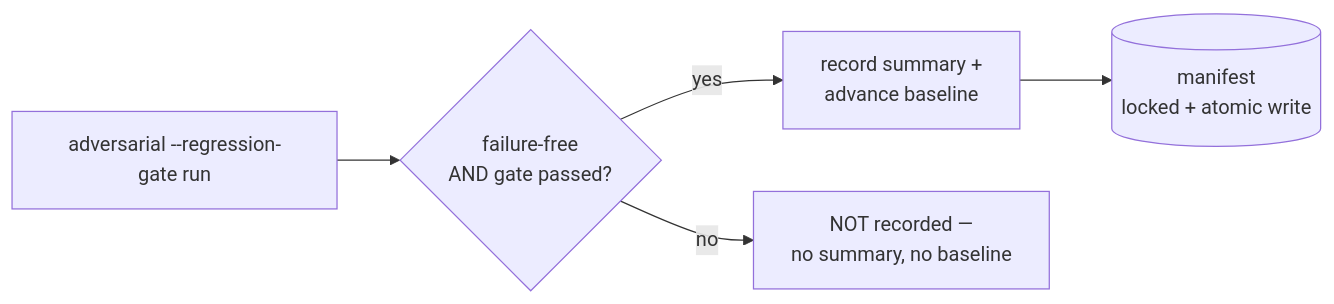
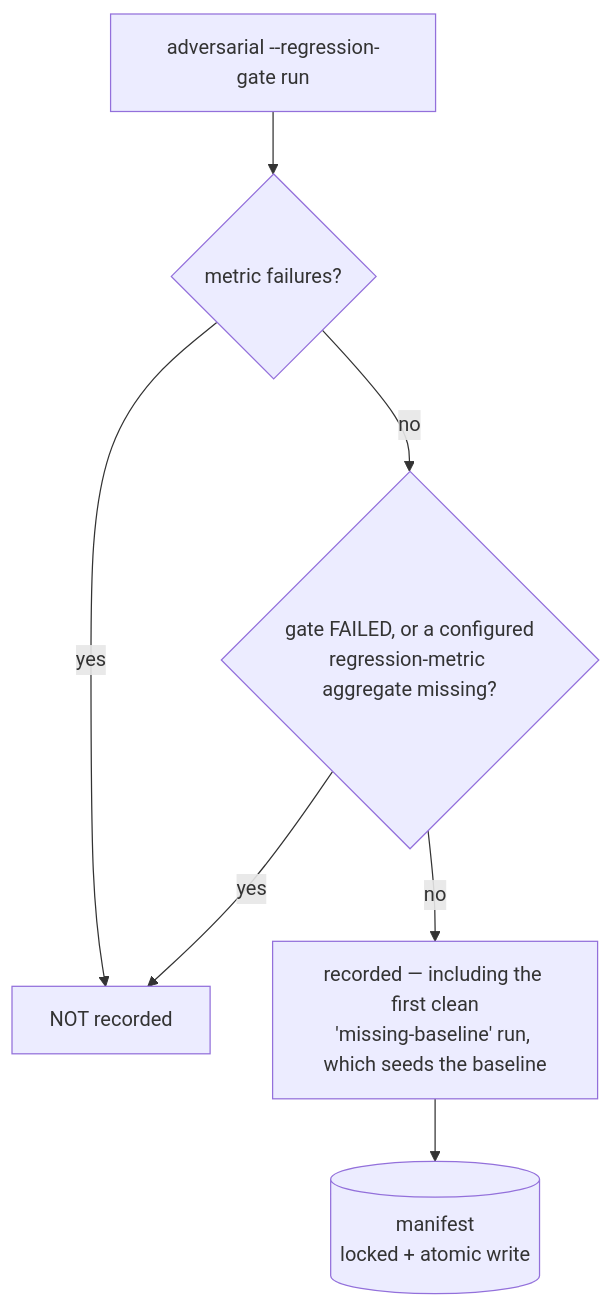
One commit to padosoft/eval-harness changed the diagram in docs-site/guides/adversarial-testing.mdx. Above: the diagram before and after it, drawn with Mermaid. The commit also changed other lines of this file, not shown here.

````diff
--- a/docs-site/guides/adversarial-testing.mdx
+++ b/docs-site/guides/adversarial-testing.mdx
@@ -97,7 +97,9 @@
 ```mermaid
-flowchart LR
-    RUN[adversarial --regression-gate run] --> CHK{failure-free<br/>AND gate passed?}
-    CHK -->|yes| REC[record summary +<br/>advance baseline]
-    CHK -->|no| SKIP[NOT recorded —<br/>no summary, no baseline]
+flowchart TB
+    RUN[adversarial --regression-gate run] --> Q1{metric failures?}
+    Q1 -->|yes| NO[NOT recorded]
+    Q1 -->|no| Q2{gate FAILED, or a configured<br/>regression-metric aggregate missing?}
+    Q2 -->|yes| NO
+    Q2 -->|no| REC["recorded — including the first clean<br/>'missing-baseline' run, which seeds the baseline"]
     REC --> MAN[(manifest<br/>locked + atomic write)]
 ```
````
